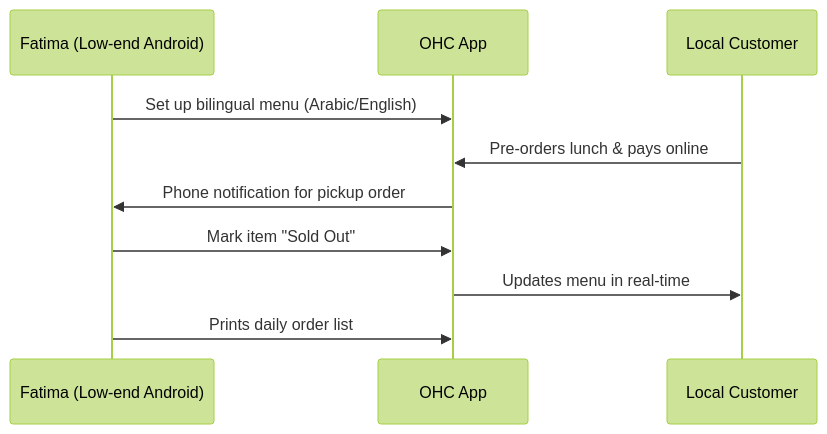
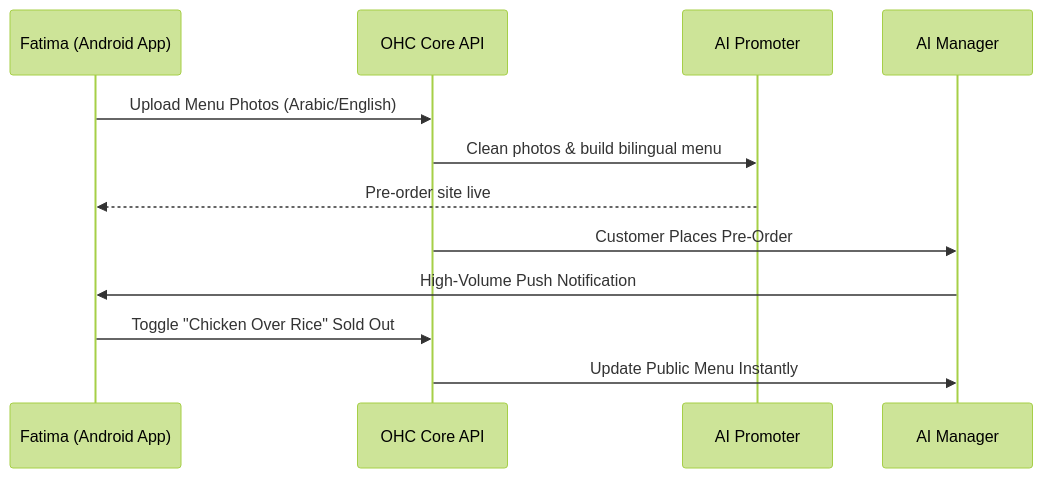
Before and after one commit to omnisolo-llc/onehumancorp: the fifth of 5 diagrams in .agent-task/report/task_output.md, drawn with Mermaid (forest theme). The commit also changed other lines of this file, not shown here.

Commit message:
🧹 Maintainer: [architecture] Define Business Journey Architecture for all Personas

````diff
--- a/.agent-task/report/task_output.md
+++ b/.agent-task/report/task_output.md
@@ -108,13 +161,19 @@
 ```mermaid
 sequenceDiagram
-    participant Fatima as Fatima (Low-end Android)
-    participant OHC as OHC App
-    participant Customer as Local Customer
+    participant Fatima as Fatima (Android App)
+    participant Core as OHC Core API
+    participant Promoter as AI Promoter
+    participant Ops as AI Manager
 
-    Fatima->>OHC: Set up bilingual menu (Arabic/English)
-    Customer->>OHC: Pre-orders lunch & pays online
-    OHC->>Fatima: Phone notification for pickup order
-    Fatima->>OHC: Mark item "Sold Out"
-    OHC->>Customer: Updates menu in real-time
-    Fatima->>OHC: Prints daily order list
+    Fatima->>Core: Upload Menu Photos (Arabic/English)
+    Core->>Promoter: Clean photos & build bilingual menu
+    Promoter-->>Fatima: Pre-order site live
+
+    %% Activation
+    Core->>Ops: Customer Places Pre-Order
+    Ops->>Fatima: High-Volume Push Notification
+
+    %% Daily Operation
+    Fatima->>Core: Toggle "Chicken Over Rice" Sold Out
+    Core->>Ops: Update Public Menu Instantly
 ```
````
